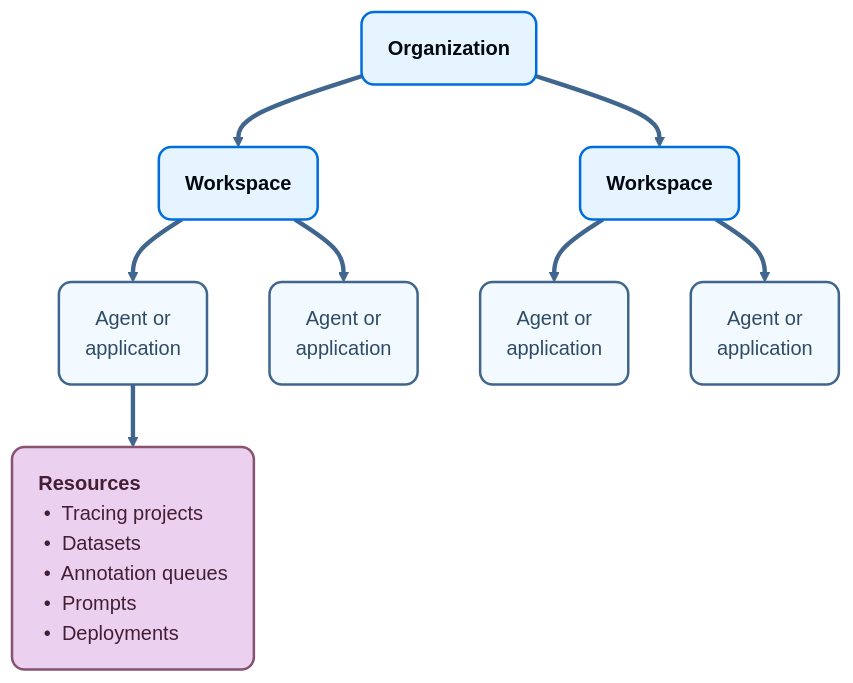
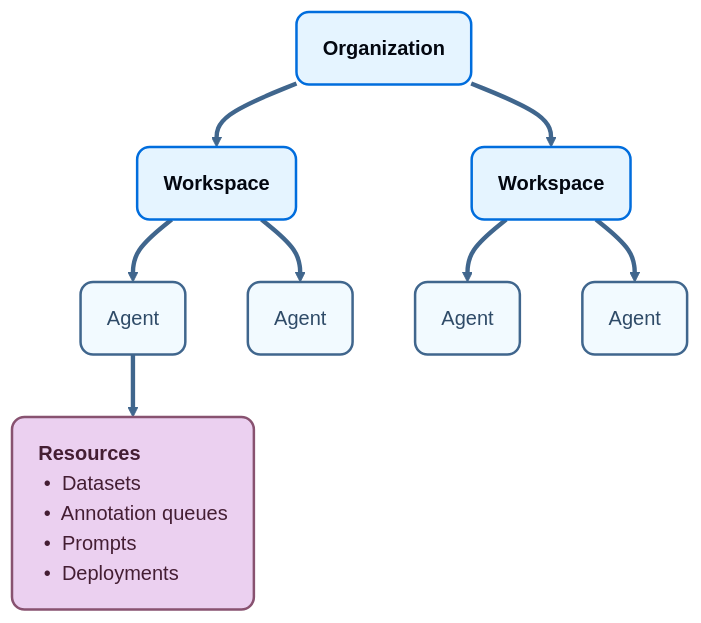
One commit to langchain-ai/docs changed the diagram in src/langsmith/administration-overview.mdx. Above: the diagram before and after it, drawn with Mermaid. The commit also changed other lines of this file and 1 other file, not shown here.

````diff
--- a/src/langsmith/administration-overview.mdx
+++ b/src/langsmith/administration-overview.mdx
@@ -67,25 +68,25 @@
 ```mermaid actions={false}
 %%{init: {"theme":"base","themeVariables":{"fontFamily":"Inter, system-ui, sans-serif","lineColor":"#40668D","primaryColor":"#E5F4FF","primaryTextColor":"#030710","primaryBorderColor":"#006DDD","clusterBkg":"transparent"}}}%%
 flowchart TD
     ORG("<div style='padding:2px 6px'><b>Organization</b></div>")
     WSA("<div style='padding:2px 6px'><b>Workspace</b></div>")
     WSB("<div style='padding:2px 6px'><b>Workspace</b></div>")
-    AG1("<div style='padding:2px 6px'>Agent or<br/>application</div>")
-    AG2("<div style='padding:2px 6px'>Agent or<br/>application</div>")
-    AG3("<div style='padding:2px 6px'>Agent or<br/>application</div>")
-    AG4("<div style='padding:2px 6px'>Agent or<br/>application</div>")
-    RES("<div style='text-align:left;padding:2px 6px'><b>Resources</b><br/>&nbsp;•&nbsp; Tracing projects<br/>&nbsp;•&nbsp; Datasets<br/>&nbsp;•&nbsp; Annotation queues<br/>&nbsp;•&nbsp; Prompts<br/>&nbsp;•&nbsp; Deployments</div>")
+    AG1("<div style='padding:2px 6px'>Agent</div>")
+    AG2("<div style='padding:2px 6px'>Agent</div>")
+    AG3("<div style='padding:2px 6px'>Agent</div>")
+    AG4("<div style='padding:2px 6px'>Agent</div>")
+    RES("<div style='text-align:left;padding:2px 6px'><b>Resources</b><br/>&nbsp;•&nbsp; Datasets<br/>&nbsp;•&nbsp; Annotation queues<br/>&nbsp;•&nbsp; Prompts<br/>&nbsp;•&nbsp; Deployments</div>")
 
     ORG ==> WSA & WSB
     WSA ==> AG1 & AG2
     WSB ==> AG3 & AG4
     AG1 ==> RES
 
     classDef neutral fill:#F2FAFF,stroke:#40668D,stroke-width:2px,color:#2F4B68,rx:10,ry:10
     classDef process fill:#E5F4FF,stroke:#006DDD,stroke-width:2px,color:#030710,rx:10,ry:10
     classDef output fill:#EBD0F0,stroke:#885270,stroke-width:2px,color:#441E33,rx:10,ry:10
 
     class ORG,WSA,WSB process
     class AG1,AG2,AG3,AG4 neutral
     class RES output
 ```
````
